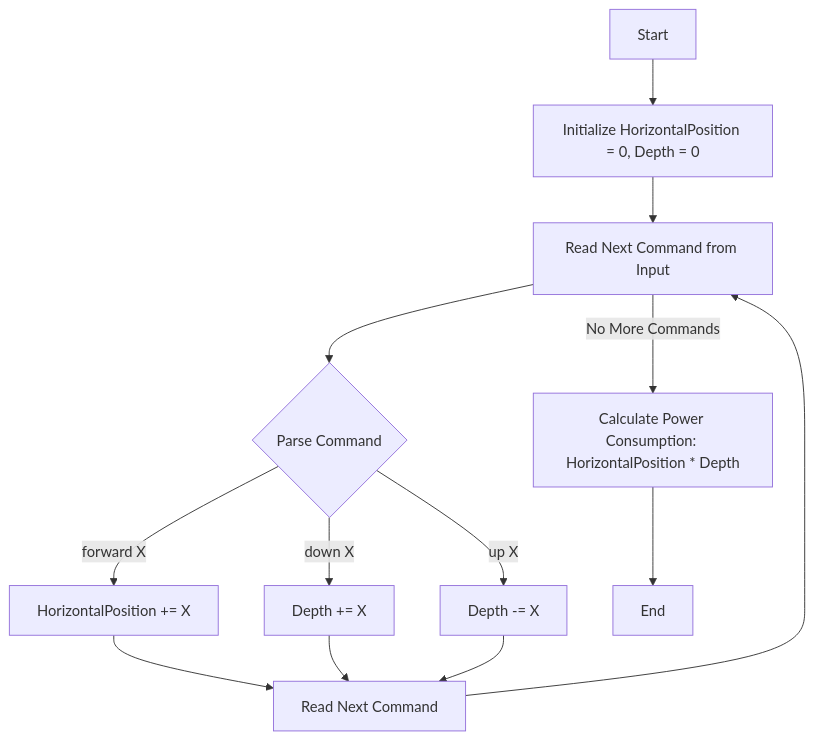
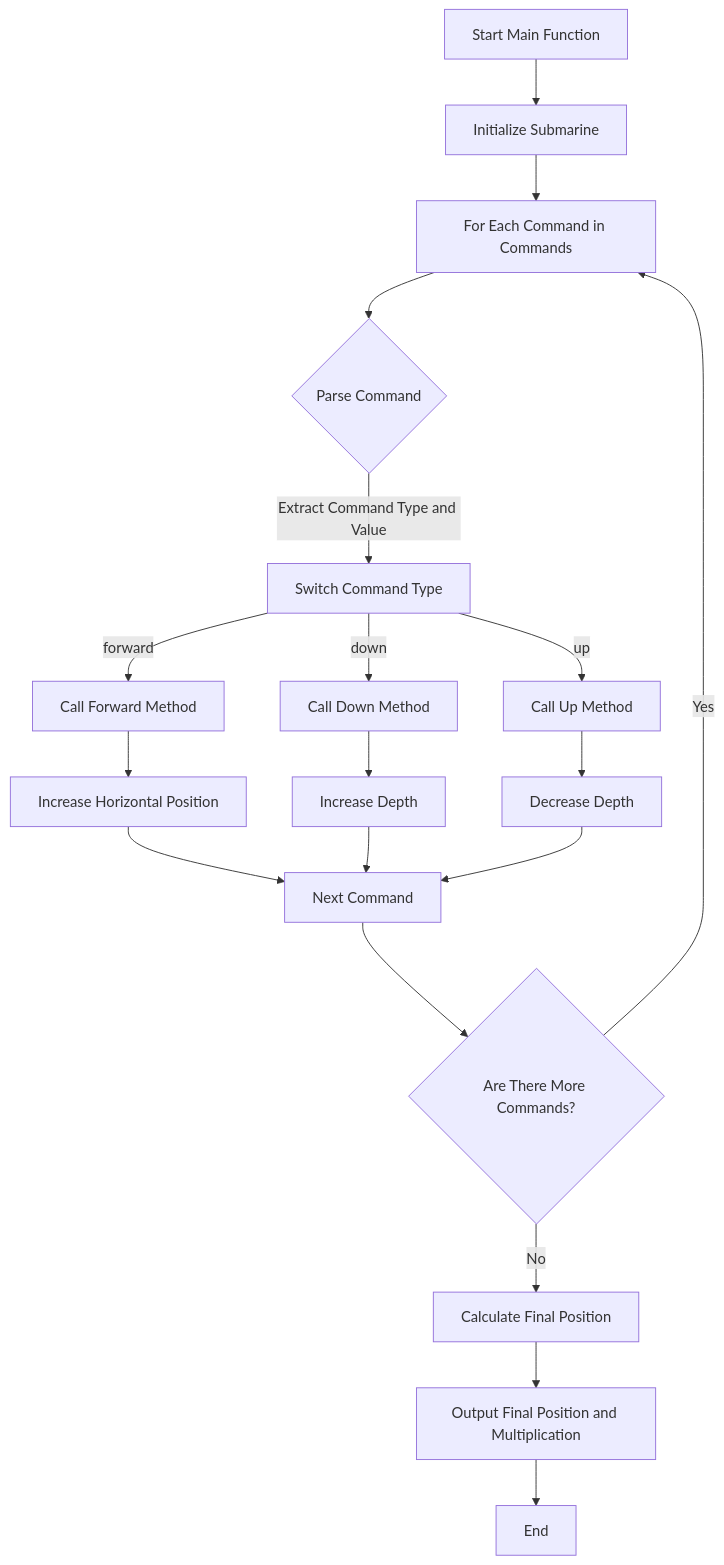
Before and after one commit to aztfmods/go-advents: the diagram in coordinates-dive/README.md, drawn with Mermaid.

Commit message:
add another one

````diff
--- a/coordinates-dive/README.md
+++ b/coordinates-dive/README.md
@@ -1,15 +1,21 @@
 ```mermaid
 graph TD
-    A[Start] --> B[Initialize HorizontalPosition = 0, Depth = 0]
-    B --> C[Read Next Command from Input]
-    C -->|No More Commands| K[Calculate Power Consumption: HorizontalPosition * Depth]
+    A[Start Main Function] --> B[Initialize Submarine]
+    B --> C[For Each Command in Commands]
     C --> D{Parse Command}
-    D -->|forward X| E[HorizontalPosition += X]
-    D -->|down X| F[Depth += X]
-    D -->|up X| G[Depth -= X]
-    E --> H[Read Next Command]
-    F --> H
-    G --> H
-    H --> C
-    K --> L[End]
+    D -->|Extract Command Type and Value| E[Switch Command Type]
+    E -->|forward| F[Call Forward Method]
+    E -->|down| G[Call Down Method]
+    E -->|up| H[Call Up Method]
+    F --> I[Increase Horizontal Position]
+    G --> J[Increase Depth]
+    H --> K[Decrease Depth]
+    I --> L[Next Command]
+    J --> L
+    K --> L
+    L --> M{Are There More Commands?}
+    M -->|Yes| C
+    M -->|No| N[Calculate Final Position]
+    N --> O[Output Final Position and Multiplication]
+    O --> P[End]
 ```
````
